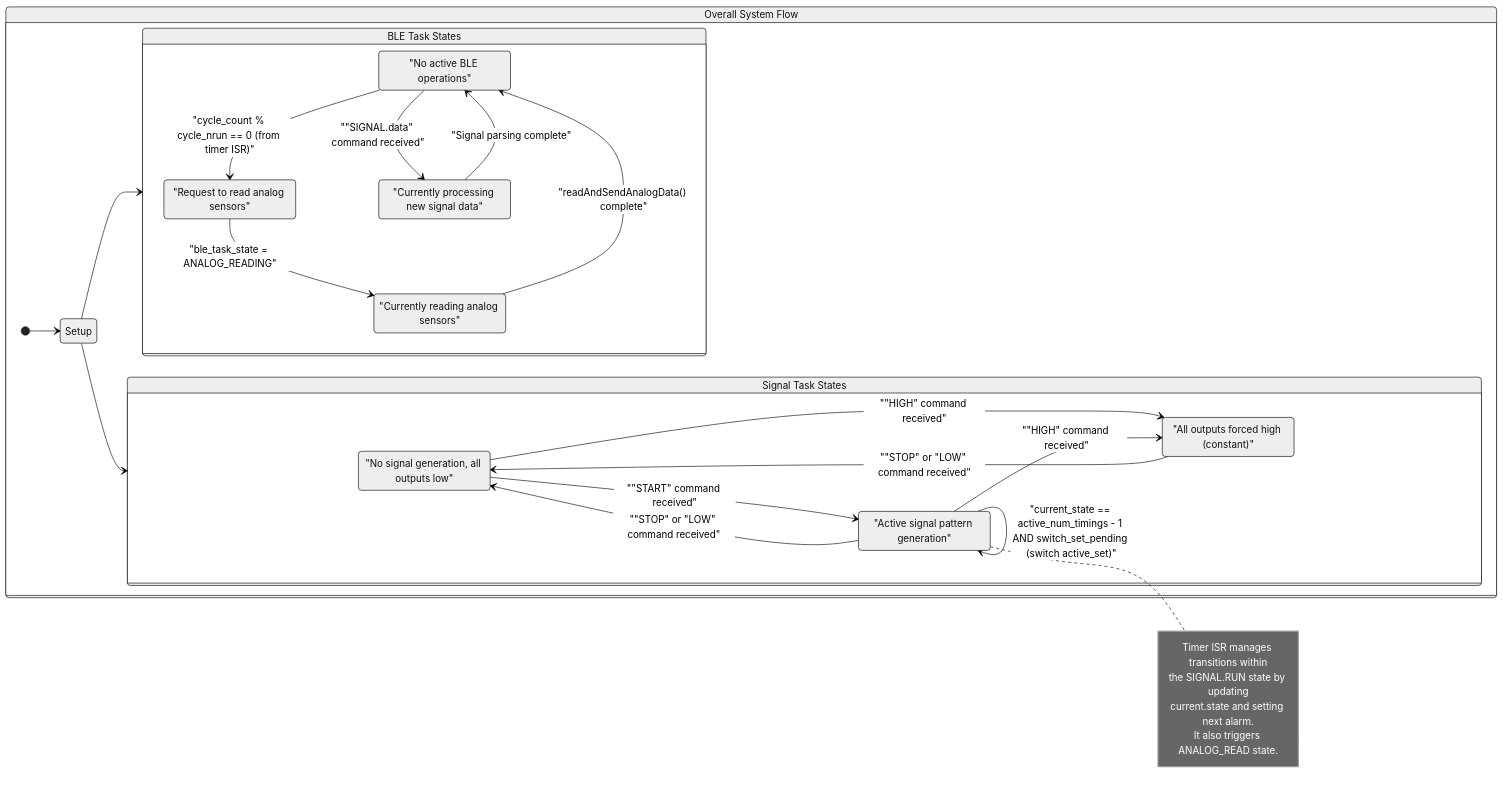
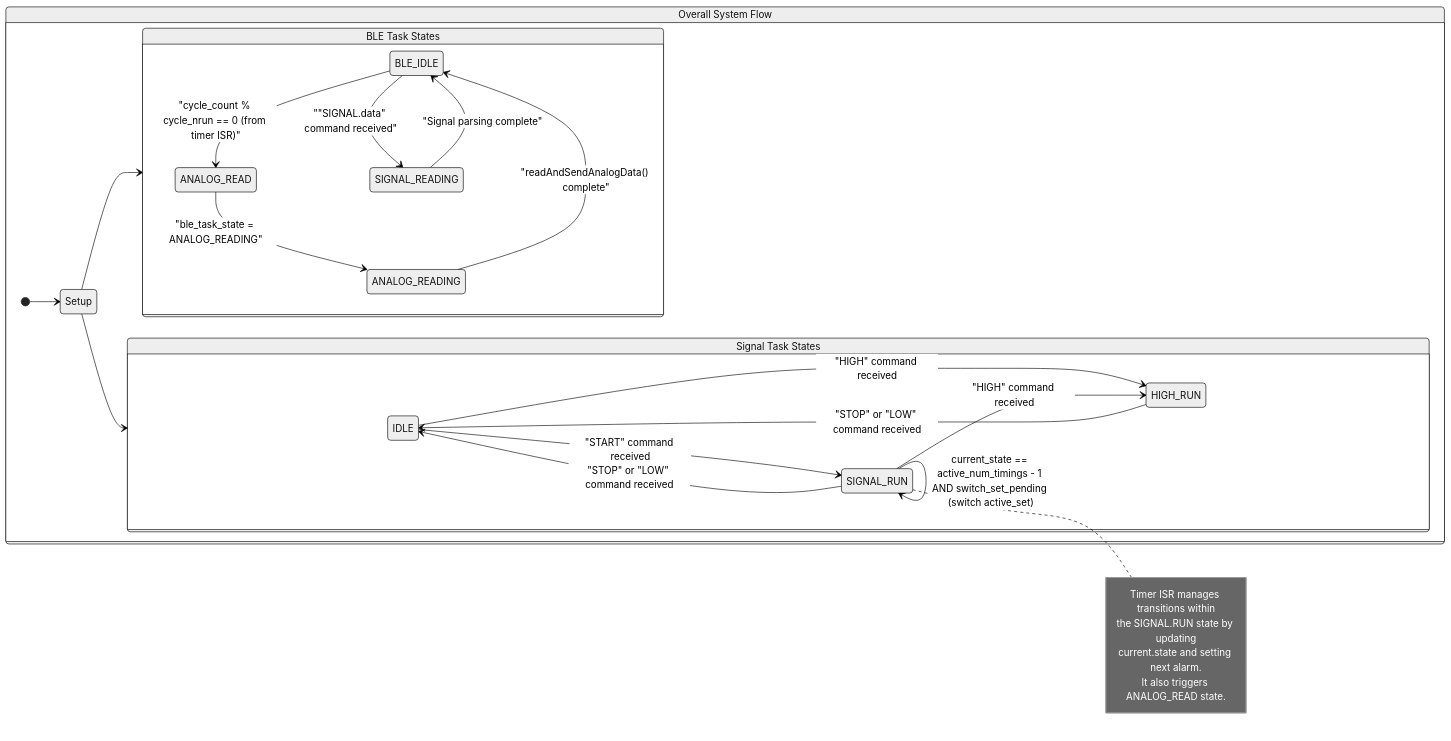
Before and after one commit to danielvie/doutorado: the first of 2 diagrams in embedded/esp32/state.md, drawn with Mermaid (neutral theme). The commit also changed other lines of this file, not shown here.

````diff
--- a/embedded/esp32/state.md
+++ b/embedded/esp32/state.md
@@ -1,44 +1,36 @@
 ```mermaid
 
     stateDiagram
         direction LR
         state "Overall System Flow" as Overall_Flow {
             [*] --> Setup
             Setup --> BLE_States
             Setup --> Signal_States
         }
 
     state "BLE Task States" as BLE_States {
-        BLE_IDLE : "No active BLE operations"
-        ANALOG_READ : "Request to read analog sensors"
-        ANALOG_READING : "Currently reading analog sensors"
-        SIGNAL_READING : "Currently processing new signal data"
 
         BLE_IDLE --> ANALOG_READ : "cycle_count % cycle_nrun == 0 (from timer ISR)"
         ANALOG_READ --> ANALOG_READING : "ble_task_state = ANALOG_READING"
         ANALOG_READING --> BLE_IDLE : "readAndSendAnalogData() complete"
         BLE_IDLE --> SIGNAL_READING : ""SIGNAL.data" command received"
         SIGNAL_READING --> BLE_IDLE : "Signal parsing complete"
     }
 
     state "Signal Task States" as Signal_States {
-        IDLE : "No signal generation, all outputs low"
-        HIGH_RUN : "All outputs forced high (constant)"
-        SIGNAL_RUN : "Active signal pattern generation"
+        IDLE --> SIGNAL_RUN : "START" command received
+        IDLE --> HIGH_RUN : "HIGH" command received
+        HIGH_RUN --> IDLE : "STOP" or "LOW" command received
+        SIGNAL_RUN --> IDLE : "STOP" or "LOW" command received
+        SIGNAL_RUN --> HIGH_RUN : "HIGH" command received
 
-        IDLE --> SIGNAL_RUN : ""START" command received"
-        IDLE --> HIGH_RUN : ""HIGH" command received"
-        HIGH_RUN --> IDLE : ""STOP" or "LOW" command received"
-        SIGNAL_RUN --> IDLE : ""STOP" or "LOW" command received"
-        SIGNAL_RUN --> HIGH_RUN : ""HIGH" command received"
-
-        SIGNAL_RUN --> SIGNAL_RUN : "current_state == active_num_timings - 1 AND switch_set_pending (switch active_set)"
+        SIGNAL_RUN --> SIGNAL_RUN : current_state == active_num_timings - 1 AND switch_set_pending (switch active_set)
     }
 
     note right of SIGNAL_RUN
         Timer ISR manages transitions within
         the SIGNAL.RUN state by updating
         current.state and setting next alarm.
         It also triggers ANALOG_READ state.
     end note
 ```
````
